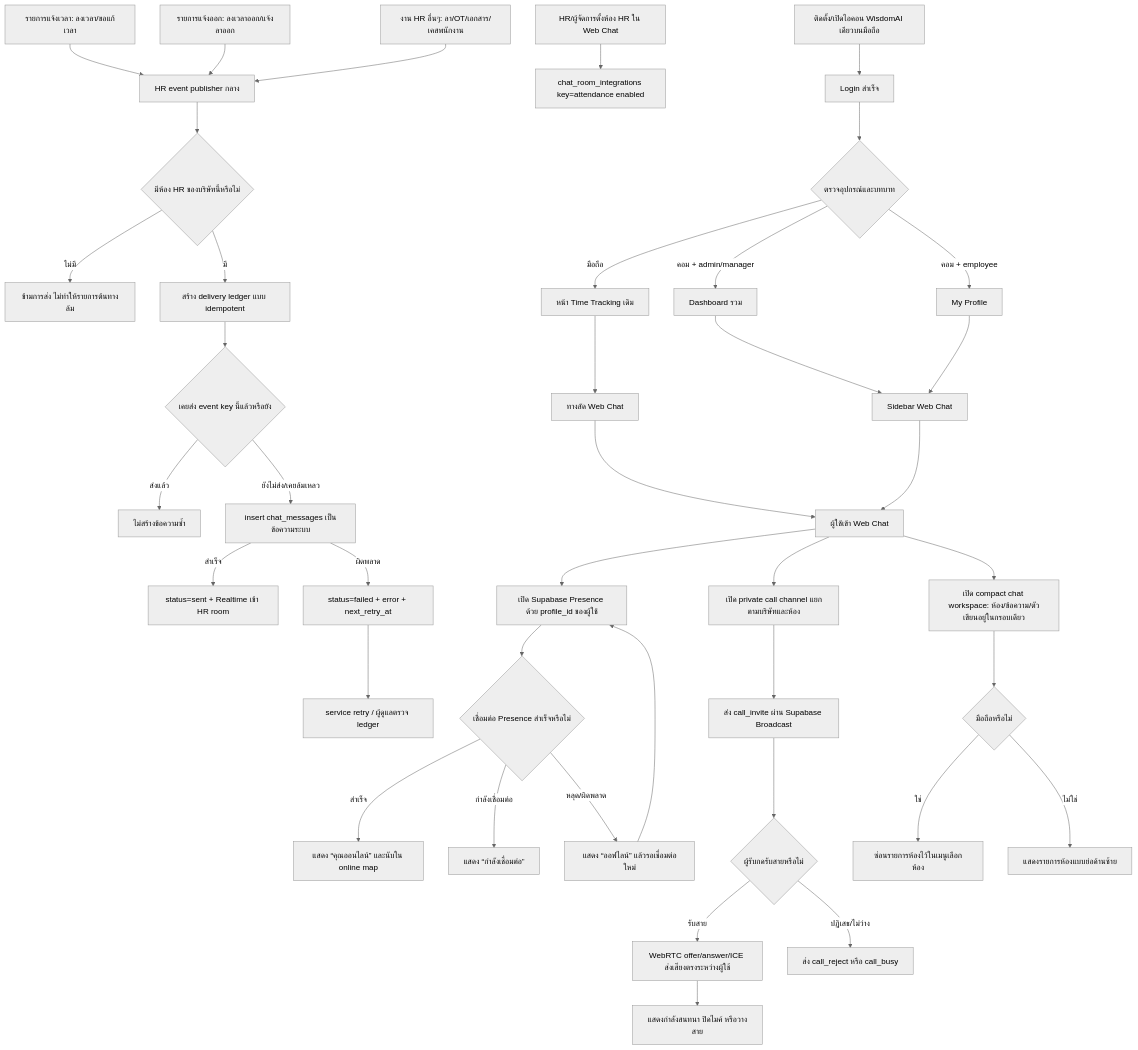
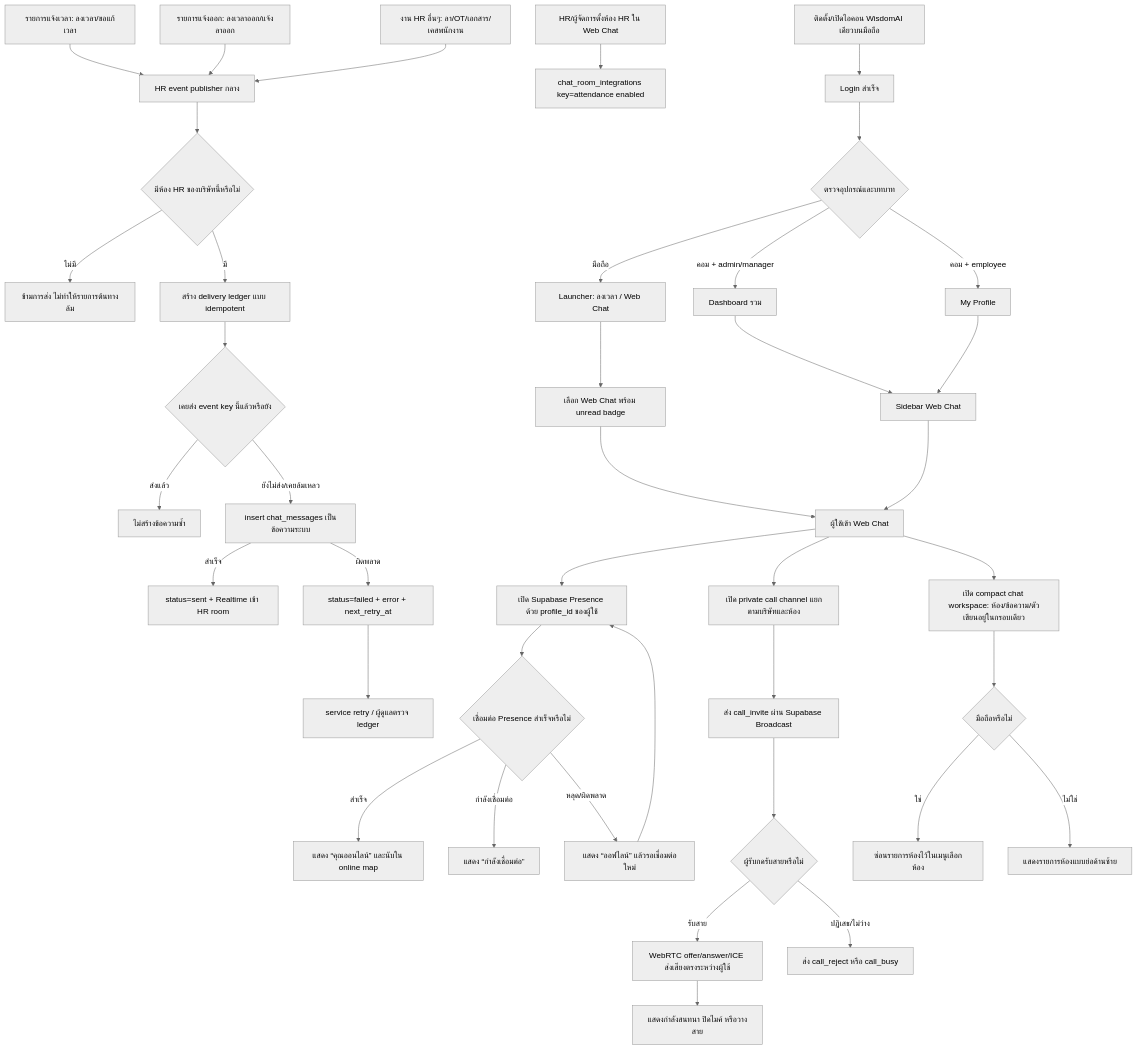
Before and after one commit to paramonjong-afk/WisdomAI: the first of 13 diagrams in docs/CHAT_ATTENDANCE_BRIDGE_FLOW.md, drawn with Mermaid (neutral theme). The commit also changed other lines of this file and 9 other files, not shown here.

````diff
--- a/docs/CHAT_ATTENDANCE_BRIDGE_FLOW.md
+++ b/docs/CHAT_ATTENDANCE_BRIDGE_FLOW.md
@@ -3,42 +3,42 @@
 ```mermaid
 flowchart TD
   M0[ติดตั้ง/เปิดไอคอน WisdomAI เดียวบนมือถือ] --> L0[Login สำเร็จ]
   L0 --> L1{ตรวจอุปกรณ์และบทบาท}
-  L1 -->|มือถือ| L2[หน้า Time Tracking เดิม]
+  L1 -->|มือถือ| L2[Launcher: ลงเวลา / Web Chat]
   L1 -->|คอม + admin/manager| L3[Dashboard รวม]
   L1 -->|คอม + employee| L4[My Profile]
-  L2 --> L5[ทางลัด Web Chat]
+  L2 --> L5[เลือก Web Chat พร้อม unread badge]
   L3 --> L6[Sidebar Web Chat]
   L4 --> L6
   L5 --> U[ผู้ใช้เข้า Web Chat]
   L6 --> U
   A[HR/ผู้จัดการตั้งห้อง HR ใน Web Chat] --> B[chat_room_integrations key=attendance enabled]
   C1[รายการแจ้งเวลา: ลงเวลา/ขอแก้เวลา] --> D[HR event publisher กลาง]
   C2[รายการแจ้งออก: ลงเวลาออก/แจ้งลาออก] --> D
   C3[งาน HR อื่นๆ: ลา/OT/เอกสาร/เคสพนักงาน] --> D
   D --> E{มีห้อง HR ของบริษัทนี้หรือไม่}
   E -->|ไม่มี| F[ข้ามการส่ง ไม่ทำให้รายการต้นทางล้ม]
   E -->|มี| G[สร้าง delivery ledger แบบ idempotent]
   G --> H{เคยส่ง event key นี้แล้วหรือยัง}
   H -->|ส่งแล้ว| I[ไม่สร้างข้อความซ้ำ]
   H -->|ยังไม่ส่ง/เคยล้มเหลว| J[insert chat_messages เป็นข้อความระบบ]
   J -->|สำเร็จ| K[status=sent + Realtime เข้า HR room]
   J -->|ผิดพลาด| L[status=failed + error + next_retry_at]
   L --> M[service retry / ผู้ดูแลตรวจ ledger]
   U --> N[เปิด Supabase Presence ด้วย profile_id ของผู้ใช้]
   N --> O{เชื่อมต่อ Presence สำเร็จหรือไม่}
   O -->|สำเร็จ| P[แสดง “คุณออนไลน์” และนับใน online map]
   O -->|กำลังเชื่อมต่อ| Q[แสดง “กำลังเชื่อมต่อ”]
   O -->|หลุด/ผิดพลาด| R[แสดง “ออฟไลน์” แล้วรอเชื่อมต่อใหม่]
   R --> N
   U --> S[เปิด private call channel แยกตามบริษัทและห้อง]
   S --> T[ส่ง call_invite ผ่าน Supabase Broadcast]
   T --> V{ผู้รับกดรับสายหรือไม่}
   V -->|รับสาย| W[WebRTC offer/answer/ICE ส่งเสียงตรงระหว่างผู้ใช้]
   V -->|ปฏิเสธ/ไม่ว่าง| X[ส่ง call_reject หรือ call_busy]
   W --> Y[แสดงกำลังสนทนา ปิดไมค์ หรือวางสาย]
   U --> Z[เปิด compact chat workspace: ห้อง/ข้อความ/ตัวเขียนอยู่ในกรอบเดียว]
   Z --> AA{มือถือหรือไม่}
   AA -->|ใช่| AB[ซ่อนรายการห้องไว้ในเมนูเลือกห้อง]
   AA -->|ไม่ใช่| AC[แสดงรายการห้องแบบย่อด้านซ้าย]
 ```
````
